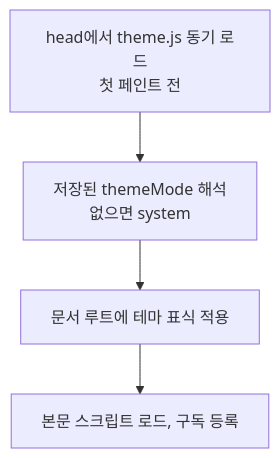
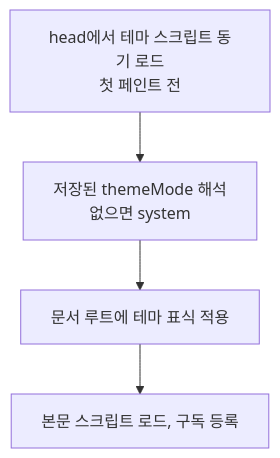
One commit to kangkyunghyun/LinKHU changed the fourth of 5 diagrams in docs/spec/6-1-INTERACTION.md. Above: the diagram before and after it, drawn with Mermaid. The commit also changed other lines of this file and 14 other files, not shown here.

````diff
--- a/docs/spec/6-1-INTERACTION.md
+++ b/docs/spec/6-1-INTERACTION.md
@@ -92,6 +92,6 @@
 ```mermaid
 flowchart TD
-    A["head에서 theme.js 동기 로드<br>첫 페인트 전"] --> B["저장된 themeMode 해석<br>없으면 system"]
+    A["head에서 테마 스크립트 동기 로드<br>첫 페인트 전"] --> B["저장된 themeMode 해석<br>없으면 system"]
     B --> C["문서 루트에 테마 표식 적용"]
     C --> D["본문 스크립트 로드, 구독 등록"]
 ```
````
